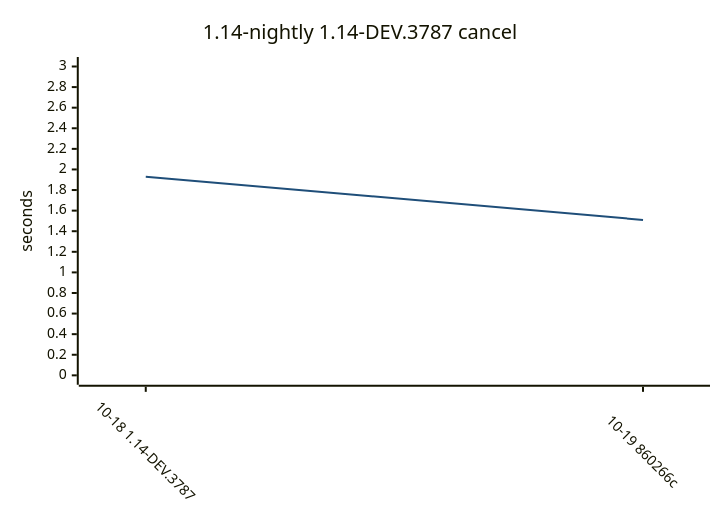
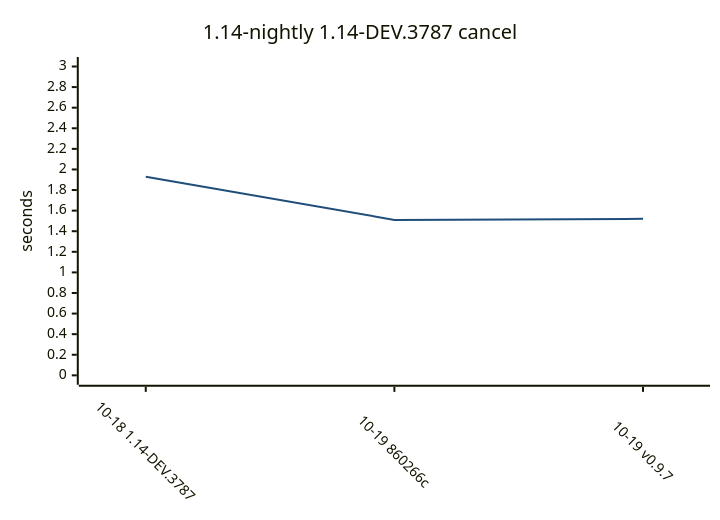
The tenth of 15 diagrams in README.md (yamanori99/DistSSHQueue.jl), drawn with Mermaid before and after one commit. The commit also changed other lines of this file and 1 other file, not shown here.

````diff
--- a/README.md
+++ b/README.md
@@ -341,17 +340,17 @@
 ```mermaid
 ---
 config:
   theme: base
   themeVariables:
     xyChart:
       plotColorPalette: "#1f4e79"
   xyChart:
     xAxis:
       labelRotation: 45
 ---
 xychart-beta
     title "1.14-nightly 1.14-DEV.3787 cancel"
-    x-axis ["10-18 1.14-DEV.3787", "10-19 860266c"]
+    x-axis ["10-18 1.14-DEV.3787", "10-19 860266c", "10-19 v0.9.7"]
     y-axis "seconds" 0 --> 3
-    line [1.93, 1.51]
+    line [1.93, 1.51, 1.52]
 ```
````
